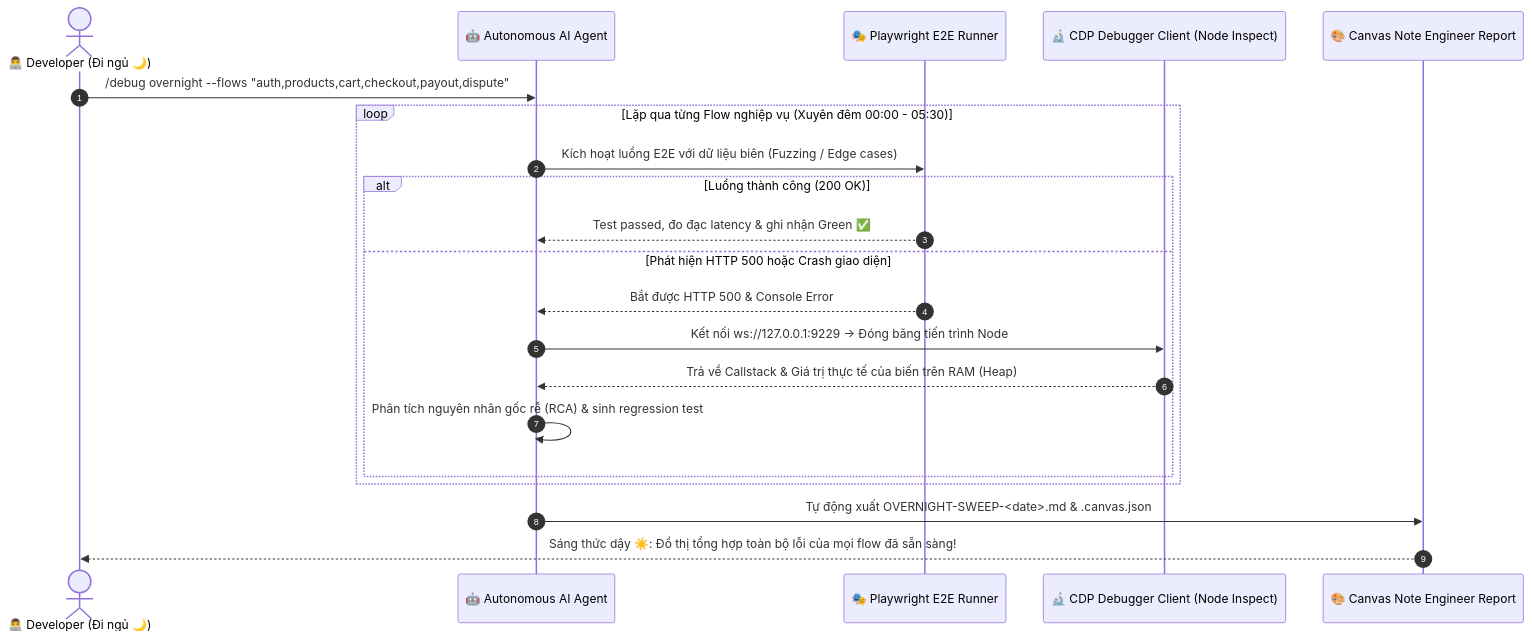
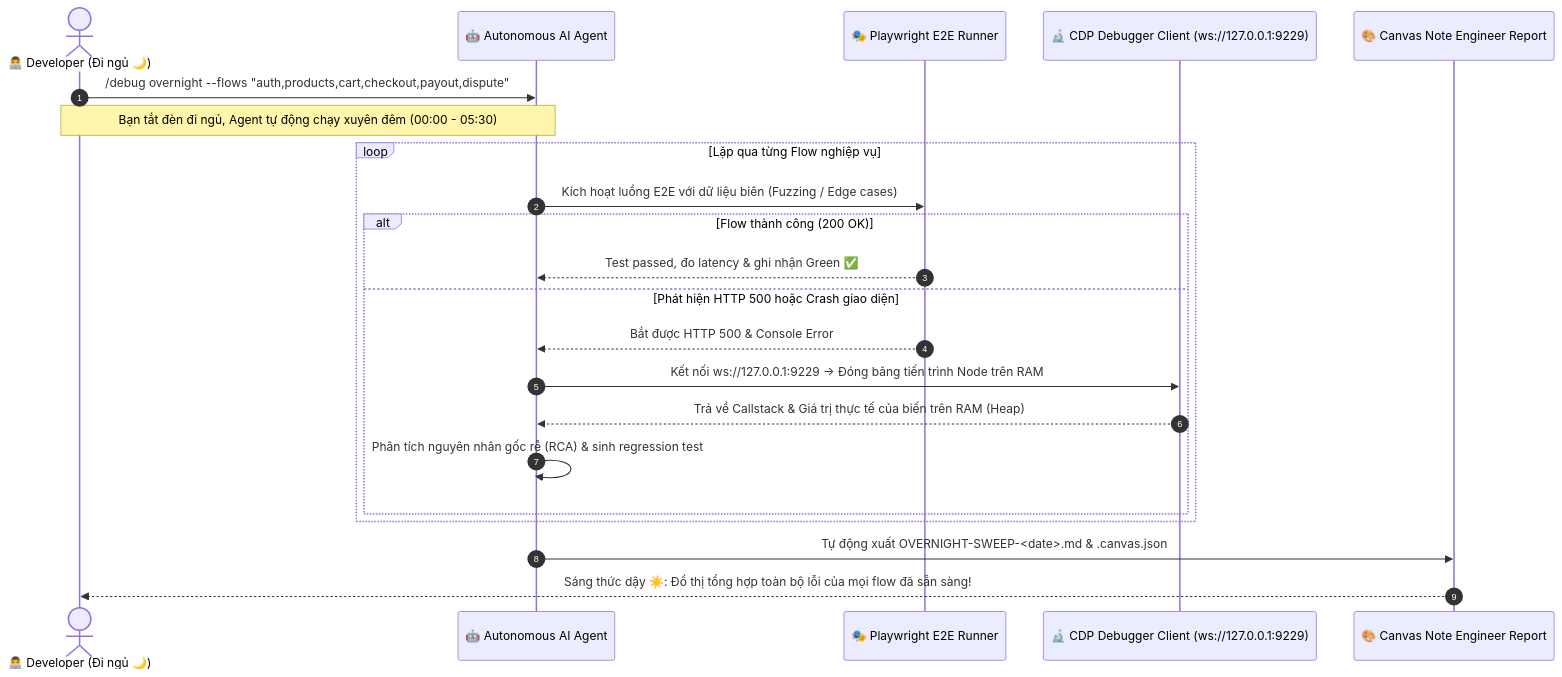
One commit to justpassingByte/agentic-test-ops changed the third of 5 diagrams in README.md. Above: the diagram before and after it, drawn with Mermaid. The commit also changed other lines of this file, not shown here.

````diff
--- a/README.md
+++ b/README.md
@@ -256,24 +203,25 @@
 ```mermaid
 sequenceDiagram
     autonumber
     actor Dev as 👨‍💻 Developer (Đi ngủ 🌙)
     participant Agent as 🤖 Autonomous AI Agent
     participant Browser as 🎭 Playwright E2E Runner
-    participant CDP as 🔬 CDP Debugger Client (Node Inspect)
+    participant CDP as 🔬 CDP Debugger Client (ws://127.0.0.1:9229)
     participant Canvas as 🎨 Canvas Note Engineer Report
 
     Dev->>Agent: /debug overnight --flows "auth,products,cart,checkout,payout,dispute"
-    loop Lặp qua từng Flow nghiệp vụ (Xuyên đêm 00:00 - 05:30)
+    Note over Dev,Agent: Bạn tắt đèn đi ngủ, Agent tự động chạy xuyên đêm (00:00 - 05:30)
+    loop Lặp qua từng Flow nghiệp vụ
         Agent->>Browser: Kích hoạt luồng E2E với dữ liệu biên (Fuzzing / Edge cases)
-        alt Luồng thành công (200 OK)
-            Browser-->>Agent: Test passed, đo đạc latency & ghi nhận Green ✅
+        alt Flow thành công (200 OK)
+            Browser-->>Agent: Test passed, đo latency & ghi nhận Green ✅
         else Phát hiện HTTP 500 hoặc Crash giao diện
             Browser-->>Agent: Bắt được HTTP 500 & Console Error
-            Agent->>CDP: Kết nối ws://127.0.0.1:9229 -> Đóng băng tiến trình Node
+            Agent->>CDP: Kết nối ws://127.0.0.1:9229 -> Đóng băng tiến trình Node trên RAM
             CDP-->>Agent: Trả về Callstack & Giá trị thực tế của biến trên RAM (Heap)
             Agent->>Agent: Phân tích nguyên nhân gốc rễ (RCA) & sinh regression test
         end
     end
     Agent->>Canvas: Tự động xuất OVERNIGHT-SWEEP-<date>.md & .canvas.json
     Canvas-->>Dev: Sáng thức dậy ☀️: Đồ thị tổng hợp toàn bộ lỗi của mọi flow đã sẵn sàng!
 ```
````
